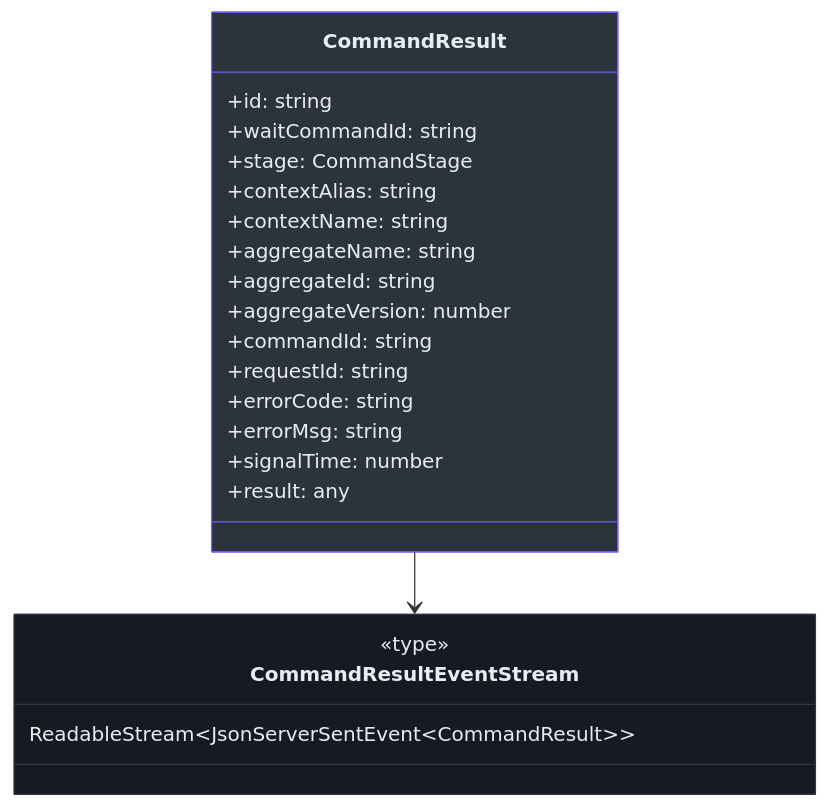
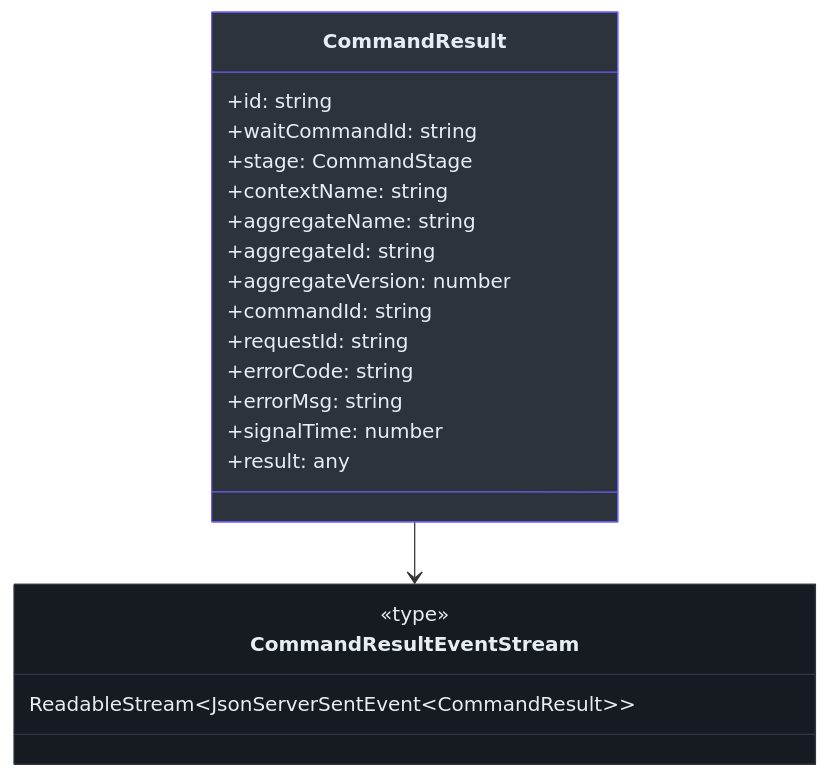
One commit to Ahoo-Wang/fetcher changed the second of 4 diagrams in wiki/packages/wow.md. Above: the diagram before and after it, drawn with Mermaid. The commit also changed other lines of this file and 23 other files, not shown here.

````diff
--- a/wiki/packages/wow.md
+++ b/wiki/packages/wow.md
@@ -133,29 +132,28 @@
 ```mermaid
 classDiagram
     class CommandResult {
         +id: string
         +waitCommandId: string
         +stage: CommandStage
-        +contextAlias: string
         +contextName: string
         +aggregateName: string
         +aggregateId: string
         +aggregateVersion: number
         +commandId: string
         +requestId: string
         +errorCode: string
         +errorMsg: string
         +signalTime: number
         +result: any
     }
 
     class CommandResultEventStream {
         <<type>>
         ReadableStream~JsonServerSentEvent~CommandResult~~
     }
 
     CommandResult --> CommandResultEventStream
 
     style CommandResult fill:#2d333b,stroke:#6d5dfc,color:#e6edf3
     style CommandResultEventStream fill:#161b22,stroke:#30363d,color:#e6edf3
 ```
````
